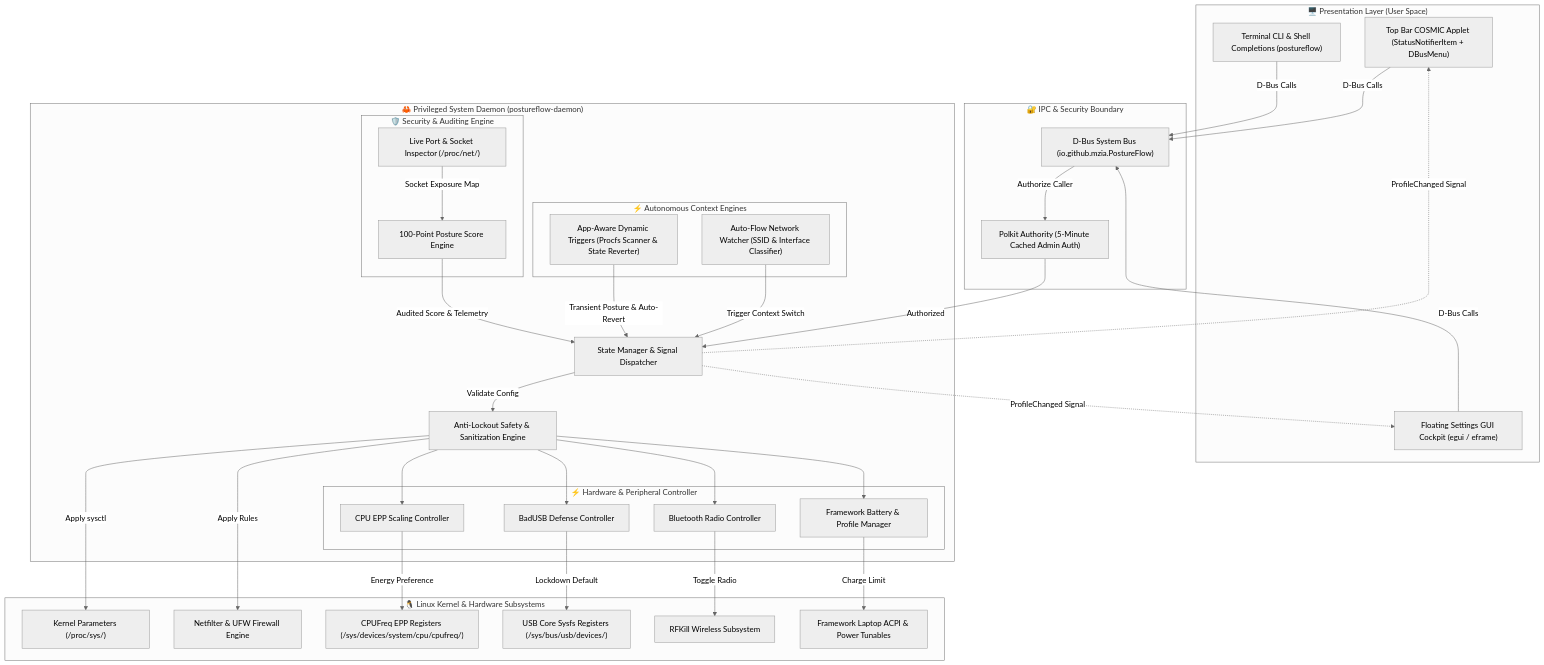
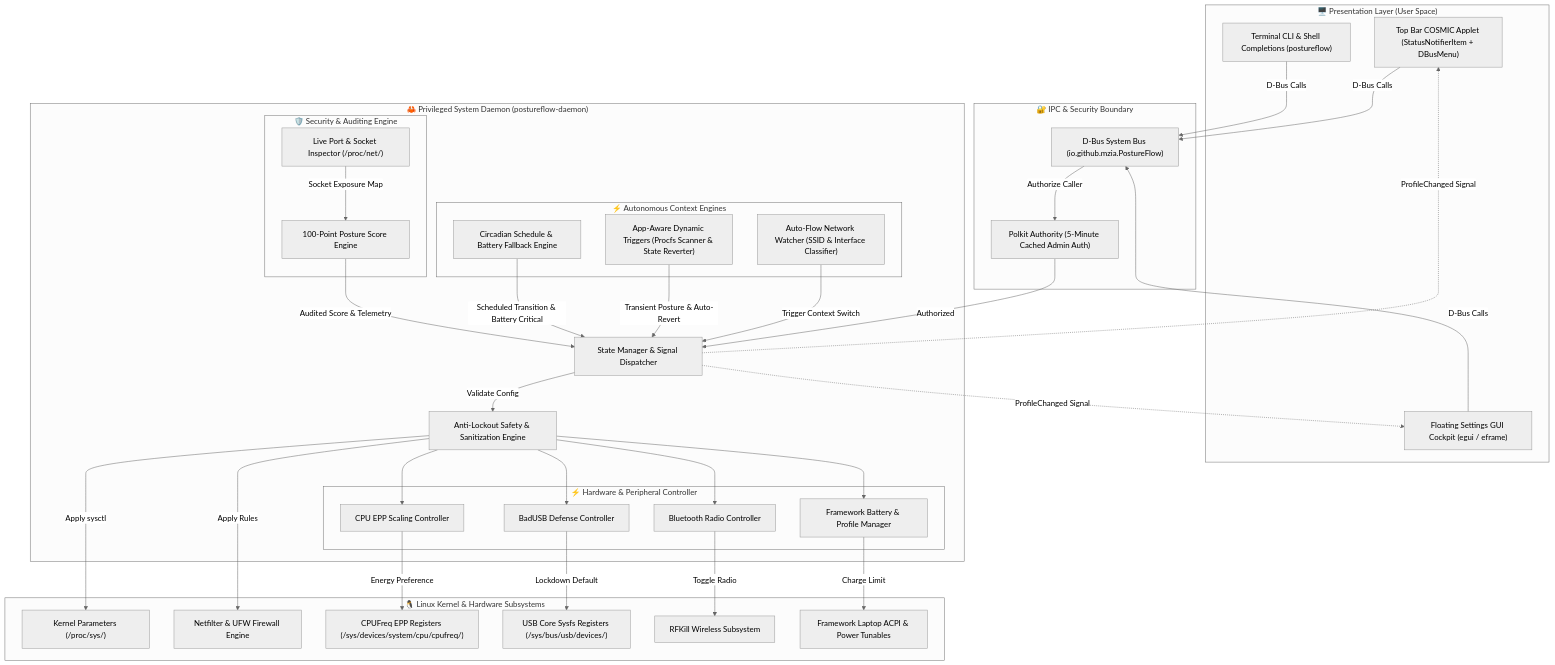
The diagram in README.md (mzia/PostureFlow), drawn with Mermaid (neutral theme) before and after one commit. The commit also changed other lines of this file and 10 other files, not shown here.

Commit message:
feat(schedule): implement Phase 8 Circadian & Scheduled Flow engine, battery emergency fallback, and GUI cockpit

````diff
--- a/README.md
+++ b/README.md
@@ -118,73 +118,75 @@
 ```mermaid
 flowchart TD
     subgraph Frontends ["🖥️ Presentation Layer (User Space)"]
         APPLET["Top Bar COSMIC Applet (StatusNotifierItem + DBusMenu)"]
         GUI["Floating Settings GUI Cockpit (egui / eframe)"]
         CLI["Terminal CLI & Shell Completions (postureflow)"]
     end
 
     subgraph SecurityBoundary ["🔐 IPC & Security Boundary"]
         DBUS["D-Bus System Bus (io.github.mzia.PostureFlow)"]
         POLKIT["Polkit Authority (5-Minute Cached Admin Auth)"]
     end
 
     subgraph Daemon ["🦀 Privileged System Daemon (postureflow-daemon)"]
         DISPATCHER["State Manager & Signal Dispatcher"]
         VALIDATOR["Anti-Lockout Safety & Sanitization Engine"]
         
         subgraph AutonomousEngines ["⚡ Autonomous Context Engines"]
             AUTOFLOW["Auto-Flow Network Watcher (SSID & Interface Classifier)"]
             TRIGGERS["App-Aware Dynamic Triggers (Procfs Scanner & State Reverter)"]
+            SCHEDULE["Circadian Schedule & Battery Fallback Engine"]
         end
 
         subgraph SecurityEngine ["🛡️ Security & Auditing Engine"]
             INSPECTOR["Live Port & Socket Inspector (/proc/net/)"]
             SCORER["100-Point Posture Score Engine"]
         end
 
         subgraph HardwareEngine ["⚡ Hardware & Peripheral Controller"]
             EPP_CTRL["CPU EPP Scaling Controller"]
             USB_CTRL["BadUSB Defense Controller"]
             BT_CTRL["Bluetooth Radio Controller"]
             PWR_CTRL["Framework Battery & Profile Manager"]
         end
     end
 
     subgraph KernelSpace ["🐧 Linux Kernel & Hardware Subsystems"]
         SYSCTL["Kernel Parameters (/proc/sys/)"]
         FIREWALL["Netfilter & UFW Firewall Engine"]
         SYSFS_CPU["CPUFreq EPP Registers (/sys/devices/system/cpu/cpufreq/)"]
         SYSFS_USB["USB Core Sysfs Registers (/sys/bus/usb/devices/)"]
         RFKILL["RFKill Wireless Subsystem"]
         FRAMEWORK_ACPI["Framework Laptop ACPI & Power Tunables"]
     end
 
     APPLET -->|D-Bus Calls| DBUS
     GUI -->|D-Bus Calls| DBUS
     CLI -->|D-Bus Calls| DBUS
 
     DBUS -->|Authorize Caller| POLKIT
     POLKIT -->|Authorized| DISPATCHER
 
     DISPATCHER -->|Validate Config| VALIDATOR
     DISPATCHER -.->|ProfileChanged Signal| APPLET
     DISPATCHER -.->|ProfileChanged Signal| GUI
 
     AUTOFLOW -->|Trigger Context Switch| DISPATCHER
     TRIGGERS -->|Transient Posture & Auto-Revert| DISPATCHER
+    SCHEDULE -->|Scheduled Transition & Battery Critical| DISPATCHER
 
     INSPECTOR -->|Socket Exposure Map| SCORER
     SCORER -->|Audited Score & Telemetry| DISPATCHER
 
     VALIDATOR --> EPP_CTRL
     VALIDATOR --> USB_CTRL
     VALIDATOR --> BT_CTRL
     VALIDATOR --> PWR_CTRL
 
     VALIDATOR -->|Apply sysctl| SYSCTL
     VALIDATOR -->|Apply Rules| FIREWALL
     EPP_CTRL -->|Energy Preference| SYSFS_CPU
     USB_CTRL -->|Lockdown Default| SYSFS_USB
     BT_CTRL -->|Toggle Radio| RFKILL
     PWR_CTRL -->|Charge Limit| FRAMEWORK_ACPI
 ```
````
